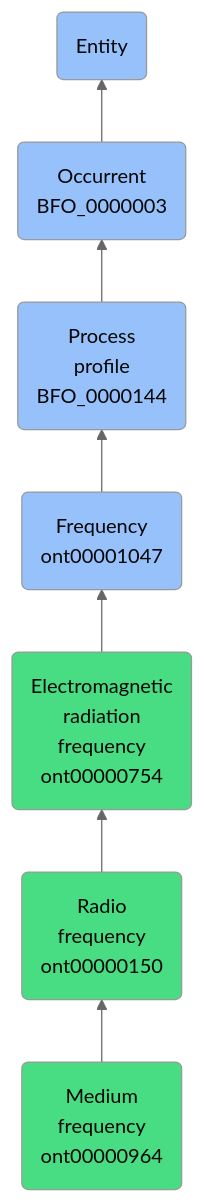
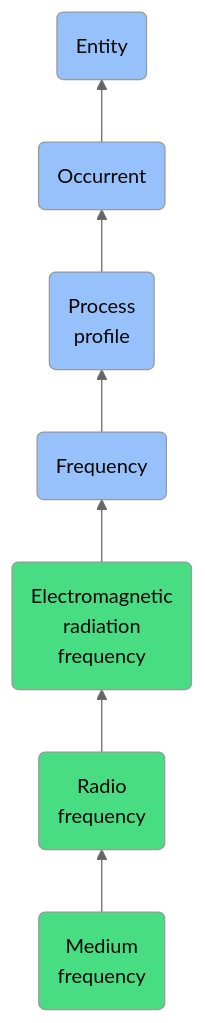
The diagram in docs/ontology/reference/model/Entity/Occurrent/Process profile/Frequency/Electromagnetic radiation frequency/Radio frequency/Medium frequency/Medium frequency.md (jupyter-naas/abi), drawn with Mermaid (neutral theme) before and after one commit. The commit also changed other lines of this file and 1430 other files, not shown here.

````diff
--- a/docs/ontology/reference/model/Entity/Occurrent/Process profile/Frequency/Electromagnetic radiation frequency/Radio frequency/Medium frequency/Medium frequency.md
+++ b/docs/ontology/reference/model/Entity/Occurrent/Process profile/Frequency/Electromagnetic radiation frequency/Radio frequency/Medium frequency/Medium frequency.md
@@ -24,14 +24,14 @@
 ```mermaid
 graph BT
-    ont00000964(Medium<br>frequency<br>ont00000964):::ABI-->ont00000150
-    ont00000150(Radio<br>frequency<br>ont00000150):::ABI-->ont00000754
-    ont00000754(Electromagnetic<br>radiation<br>frequency<br>ont00000754):::ABI-->ont00001047
-    ont00001047(Frequency<br>ont00001047):::BFO-->BFO_0000144
-    BFO_0000144(Process<br>profile<br>BFO_0000144):::BFO-->BFO_0000003
-    BFO_0000003(Occurrent<br>BFO_0000003):::BFO-->BFO_0000001
+    ont00000964(Medium<br>frequency):::ABI-->ont00000150
+    ont00000150(Radio<br>frequency):::ABI-->ont00000754
+    ont00000754(Electromagnetic<br>radiation<br>frequency):::ABI-->ont00001047
+    ont00001047(Frequency):::BFO-->BFO_0000144
+    BFO_0000144(Process<br>profile):::BFO-->BFO_0000003
+    BFO_0000003(Occurrent):::BFO-->BFO_0000001
     BFO_0000001(Entity):::BFO
     
     classDef BFO fill:#97c1fb,color:#060606
     classDef CCO fill:#e4c51e,color:#060606
     classDef ABI fill:#48DD82,color:#060606
 ```
````
